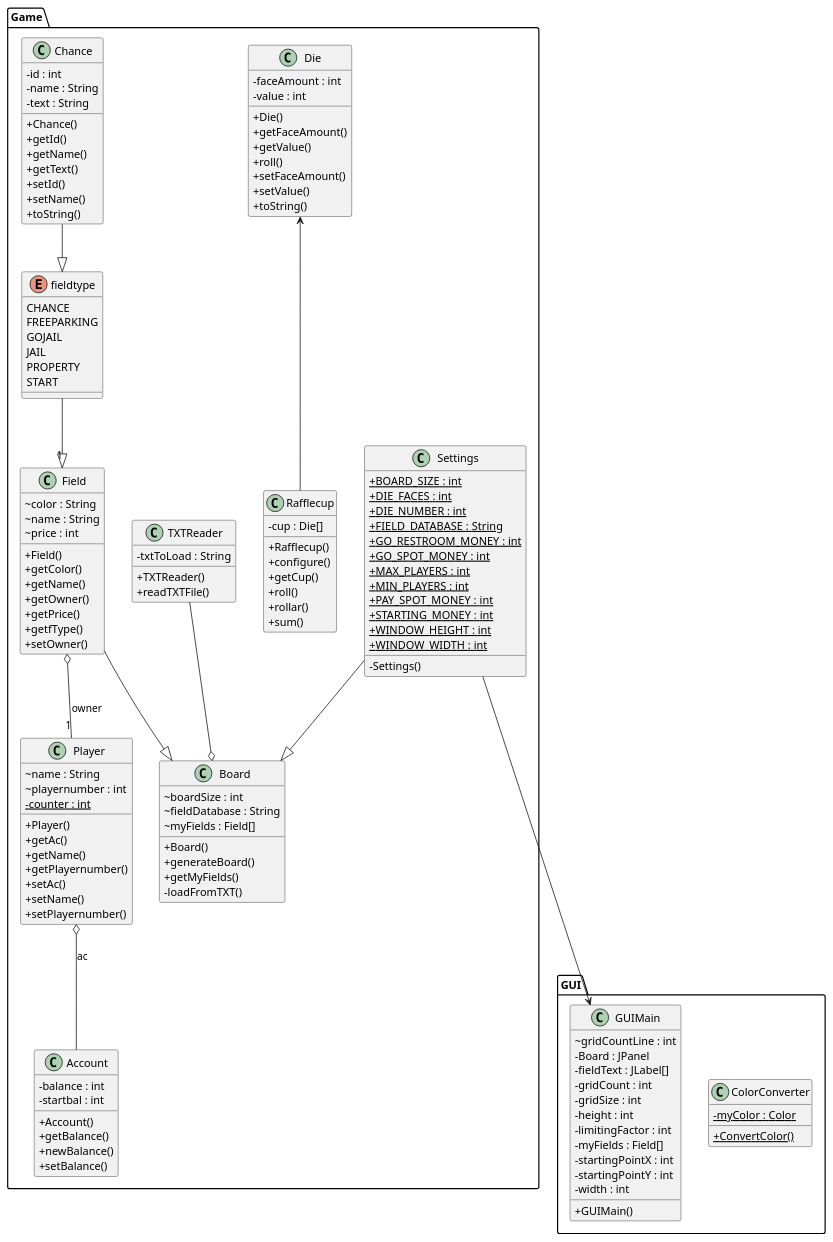
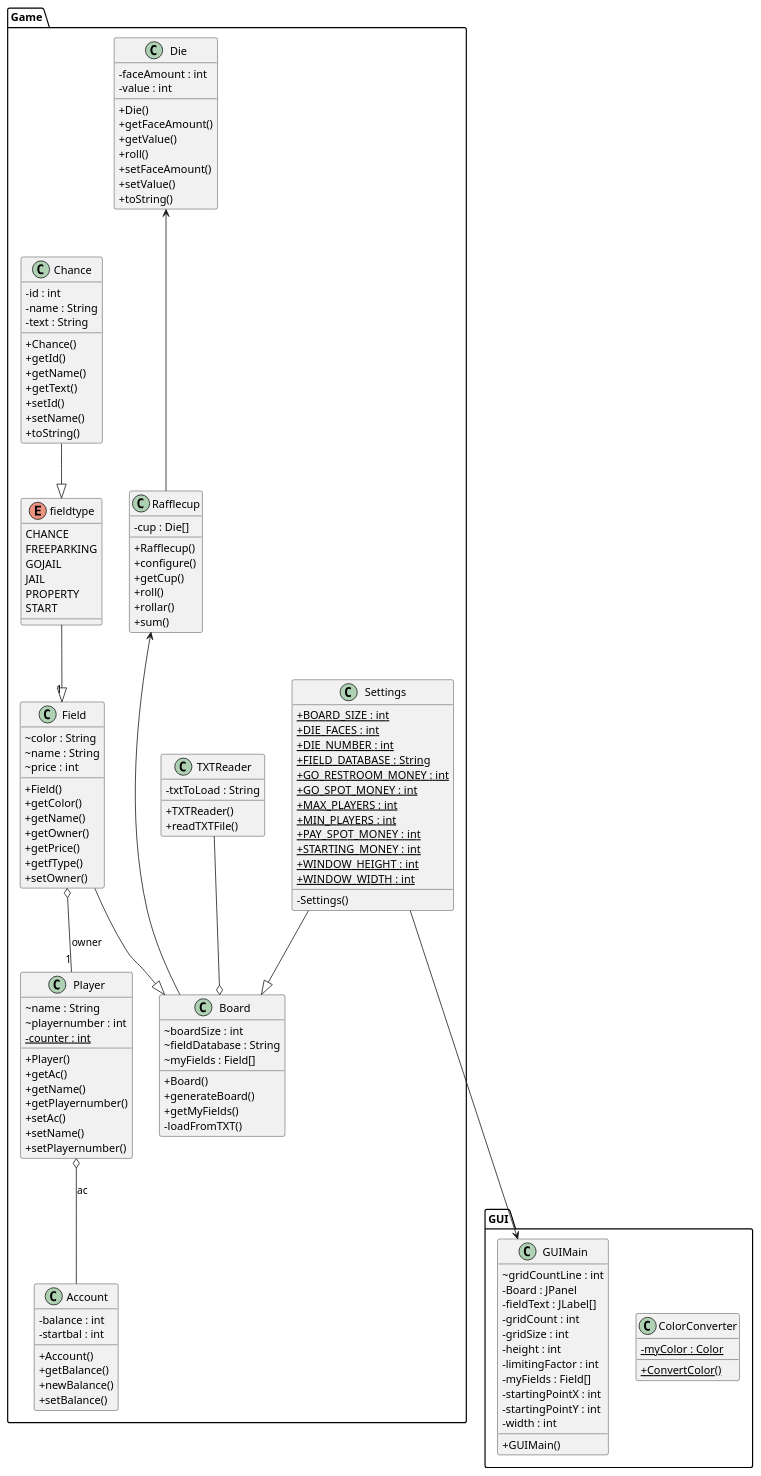
Before and after one commit to GoodGithubAccount/02_CDIO3: the diagram in src/Game/Diagrams/DesignClassDiagram.puml, drawn with PlantUML. The commit also changed 3 other files, not shown here.

```diff
--- a/src/Game/Diagrams/DesignClassDiagram.puml
+++ b/src/Game/Diagrams/DesignClassDiagram.puml
@@ -1,170 +1,173 @@
 @startuml
 
 skinparam classAttributeIconSize 0
 
   namespace Game {
     class Game.Account {
         - balance : int
         - startbal : int
         + Account()
         + getBalance()
         + newBalance()
         + setBalance()
     }
   }
   namespace Game {
     class Game.Board {
         ~ boardSize : int
         ~ fieldDatabase : String
         ~ myFields : Field[]
         + Board()
         + generateBoard()
         + getMyFields()
         - loadFromTXT()
     }
   }
 
   namespace Game {
     class Game.Chance {
         - id : int
         - name : String
         - text : String
         + Chance()
         + getId()
         + getName()
         + getText()
         + setId()
         + setName()
         + toString()
     }
   }
 
   namespace Game {
     class Game.Die {
         - faceAmount : int
         - value : int
         + Die()
         + getFaceAmount()
         + getValue()
         + roll()
         + setFaceAmount()
         + setValue()
         + toString()
     }
   }
 
   namespace Game {
     class Game.Field {
         ~ color : String
         ~ name : String
         ~ price : int
         + Field()
         + getColor()
         + getName()
         + getOwner()
         + getPrice()
         + getfType()
         + setOwner()
     }
   }
 
   namespace Game {
     enum fieldtype {
       CHANCE
       FREEPARKING
       GOJAIL
       JAIL
       PROPERTY
       START
     }
   }
 
   namespace Game {
     class Game.Player {
         ~ name : String
         ~ playernumber : int
         {static} - counter : int
         + Player()
         + getAc()
         + getName()
         + getPlayernumber()
         + setAc()
         + setName()
         + setPlayernumber()
     }
   }
 
   namespace Game {
     class Game.Rafflecup {
         - cup : Die[]
         + Rafflecup()
         + configure()
         + getCup()
         + roll()
         + rollar()
         + sum()
     }
   }
 
   namespace Game {
     class Game.Settings {
         {static} + BOARD_SIZE : int
         {static} + DIE_FACES : int
         {static} + DIE_NUMBER : int
         {static} + FIELD_DATABASE : String
         {static} + GO_RESTROOM_MONEY : int
         {static} + GO_SPOT_MONEY : int
         {static} + MAX_PLAYERS : int
         {static} + MIN_PLAYERS : int
         {static} + PAY_SPOT_MONEY : int
         {static} + STARTING_MONEY : int
         {static} + WINDOW_HEIGHT : int
         {static} + WINDOW_WIDTH : int
         - Settings()
     }
   }
 
   namespace Game {
     class Game.TXTReader {
         - txtToLoad : String
         + TXTReader()
         + readTXTFile()
     }
   }
 
   namespace GUI {
       class GUI.ColorConverter {
           {static} - myColor : Color
           {static} + ConvertColor()
       }
     }
 
     namespace GUI {
       class GUI.GUIMain {
           ~ gridCountLine : int
           - Board : JPanel
           - fieldText : JLabel[]
           - gridCount : int
           - gridSize : int
           - height : int
           - limitingFactor : int
           - myFields : Field[]
           - startingPointX : int
           - startingPointY : int
           - width : int
           + GUIMain()
       }
     }
 
   Game.Field o-- "1" Game.Player : owner
 
   Game.Player o-- Game.Account : ac
     Game.Field --|> Game.Board
     Game.Settings --|> Game.Board
 Game.Die <--- Game.Rafflecup
 Game.fieldtype --|> "1" Game.Field
 Game.Settings ---> GUI.GUIMain
 Game.Chance --|> Game.fieldtype
 Game.TXTReader --o Game.Board
+Game.Rafflecup <--- Game.Board
+
+
 
 @enduml
```
